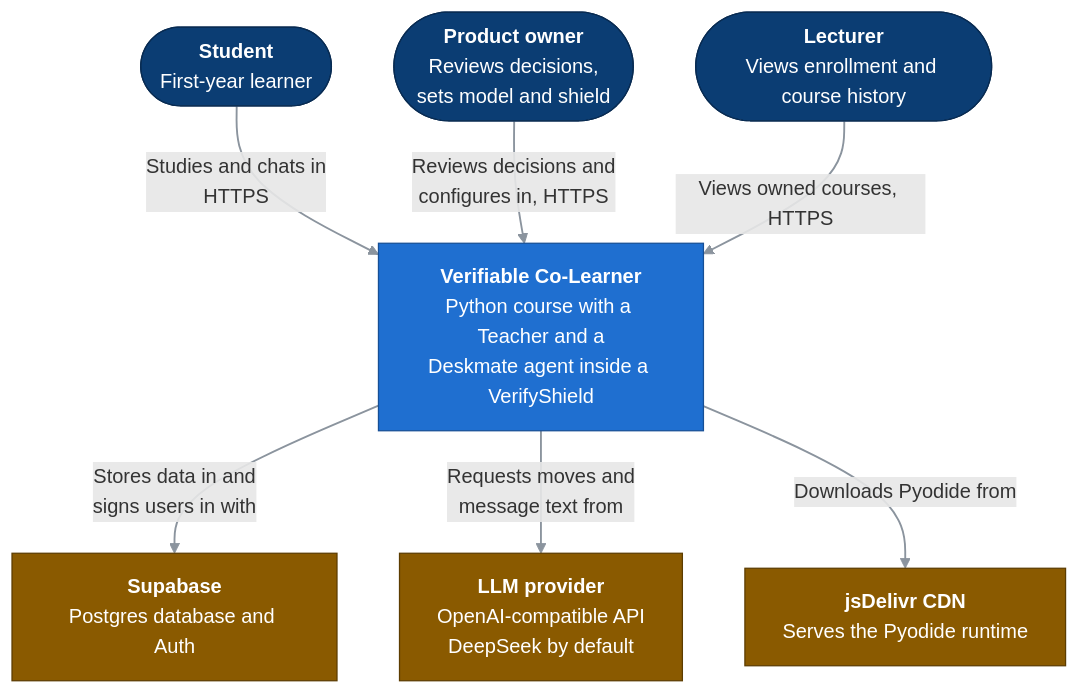
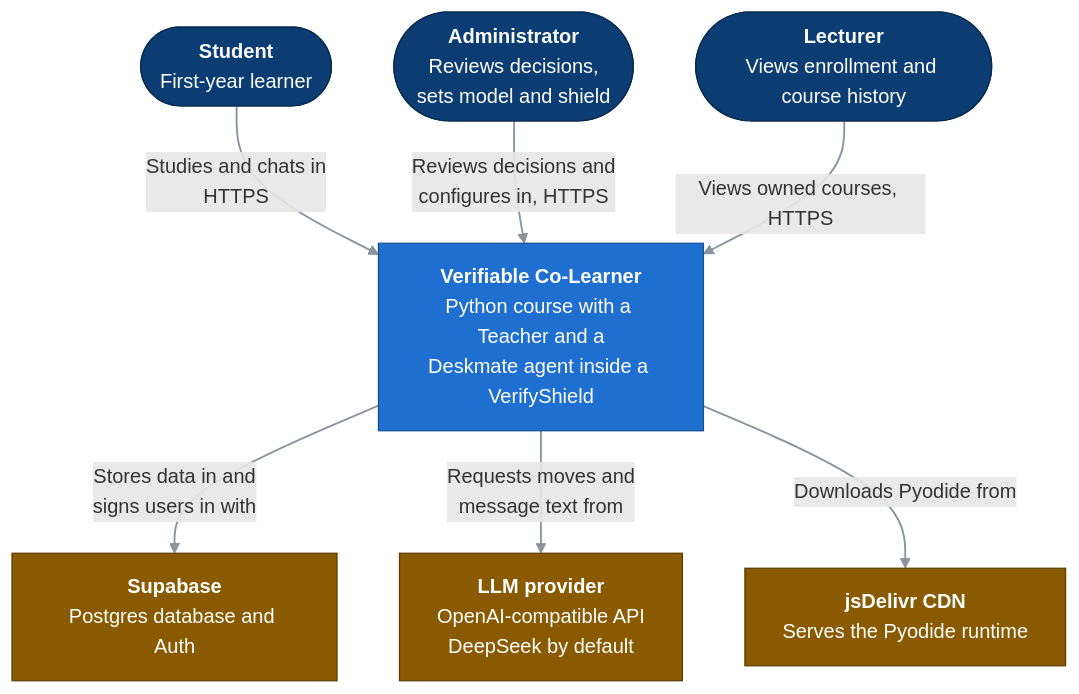
The diagram in docs/c4/01-context.md (Bill2926/COS40005_HN9_Verifiable_Co-Learner_Agent), drawn with Mermaid before and after one commit. The commit also changed other lines of this file and 25 other files, not shown here.

First line of the commit message:
Call the staff role administrator wherever a person reads it.

````diff
--- a/docs/c4/01-context.md
+++ b/docs/c4/01-context.md
@@ -15,24 +15,24 @@
 ```mermaid
 flowchart TB
   classDef person fill:#0b3d73,stroke:#082b52,color:#ffffff
   classDef system fill:#1f6fd0,stroke:#164f96,color:#ffffff
   classDef ext fill:#8a5a00,stroke:#5c3c00,color:#ffffff
   linkStyle default stroke:#8b949e,stroke-width:1.5px
 
   student(["<b>Student</b><br/>First-year learner"]):::person
-  owner(["<b>Product owner</b><br/>Reviews decisions,<br/>sets model and shield"]):::person
+  owner(["<b>Administrator</b><br/>Reviews decisions,<br/>sets model and shield"]):::person
   lecturer(["<b>Lecturer</b><br/>Views enrollment and course history"]):::person
 
   app["<b>Verifiable Co-Learner</b><br/>Python course with a Teacher and a<br/>Deskmate agent inside a VerifyShield"]:::system
 
   supabase["<b>Supabase</b><br/>Postgres database and Auth"]:::ext
   llm["<b>LLM provider</b><br/>OpenAI-compatible API<br/>DeepSeek by default"]:::ext
   cdn["<b>jsDelivr CDN</b><br/>Serves the Pyodide runtime"]:::ext
 
   student -->|"Studies and chats in<br/>HTTPS"| app
   owner -->|"Reviews decisions and<br/>configures in, HTTPS"| app
   lecturer -->|"Views owned courses, HTTPS"| app
   app -->|"Stores data in and<br/>signs users in with"| supabase
   app -->|"Requests moves and<br/>message text from"| llm
   app -->|"Downloads Pyodide from"| cdn
 ```
````
